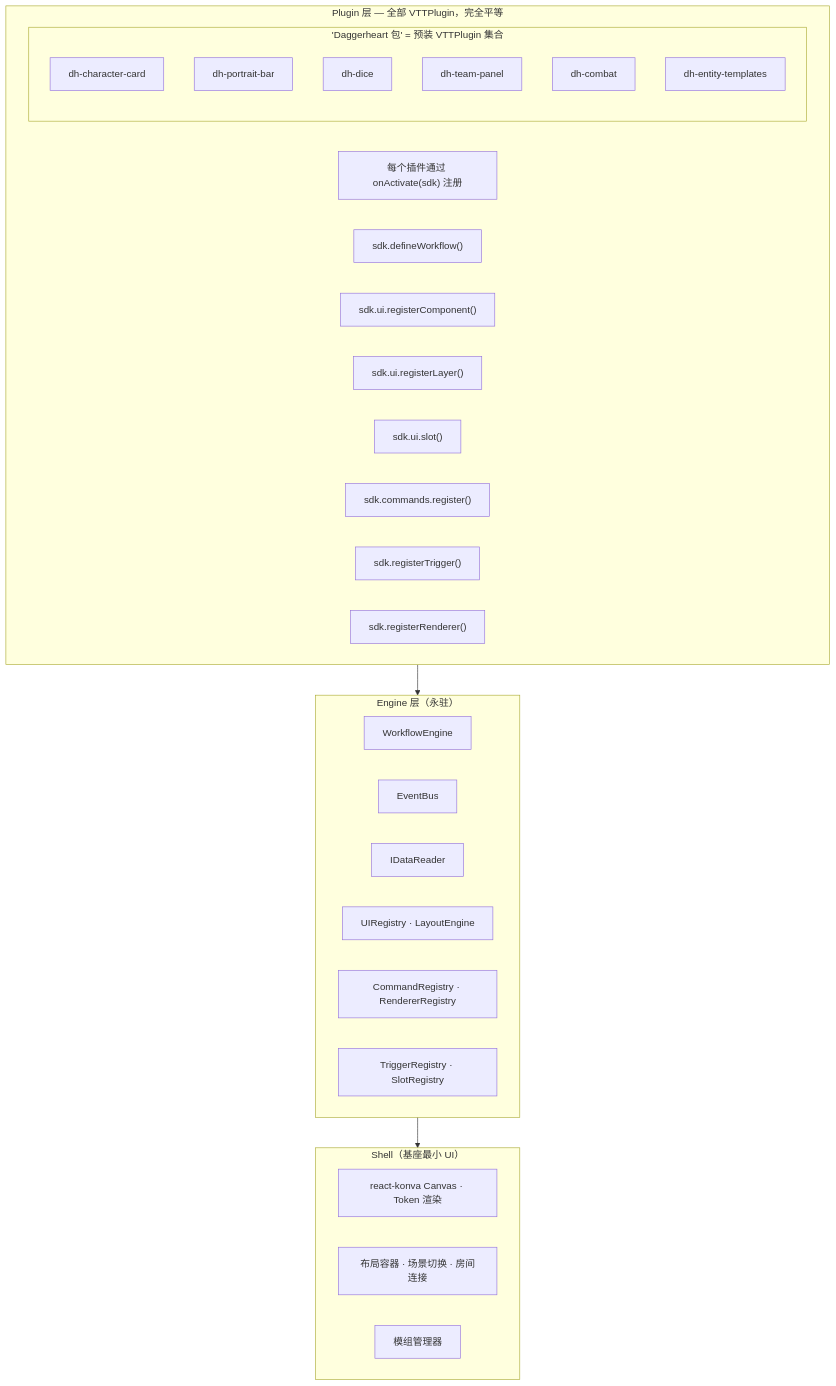
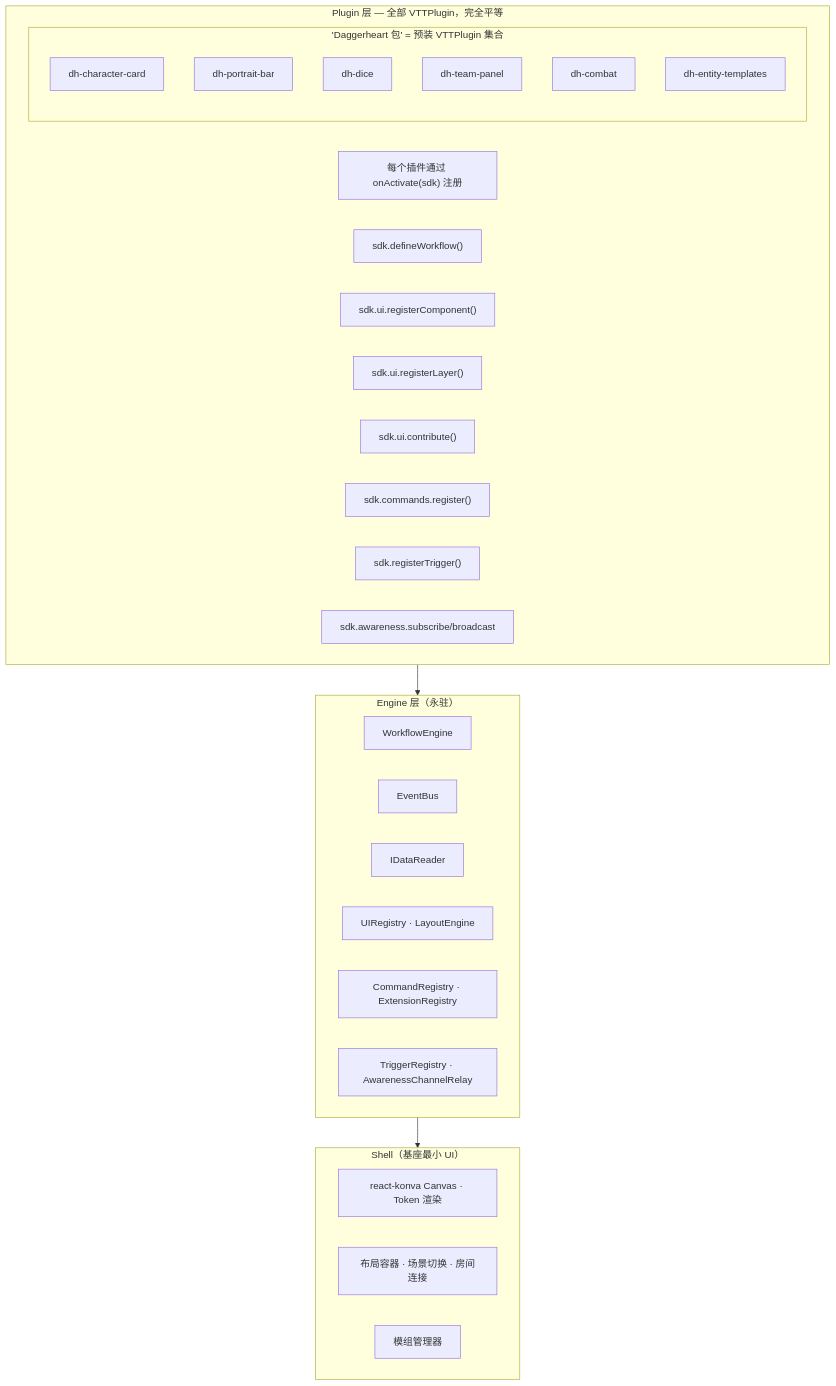
Before and after one commit to RidRisR/myVTT: the sixth of 18 diagrams in docs/design/17-插件系统演进路线.md, drawn with Mermaid. The commit also changed other lines of this file and 47 other files, not shown here.

````diff
--- a/docs/design/17-插件系统演进路线.md
+++ b/docs/design/17-插件系统演进路线.md
@@ -197,39 +197,39 @@
 ```mermaid
 graph TB
     subgraph Plugins["Plugin 层 — 全部 VTTPlugin，完全平等"]
         API["每个插件通过 onActivate(sdk) 注册"]
         W["sdk.defineWorkflow()"]
         UC["sdk.ui.registerComponent()"]
         UL["sdk.ui.registerLayer()"]
-        SL["sdk.ui.slot()"]
+        CONT["sdk.ui.contribute()"]
         CMD["sdk.commands.register()"]
         TRG["sdk.registerTrigger()"]
-        RND["sdk.registerRenderer()"]
+        AWR["sdk.awareness.subscribe/broadcast"]
 
         subgraph DHPack["'Daggerheart 包' = 预装 VTTPlugin 集合"]
             DH1["dh-character-card"]
             DH2["dh-portrait-bar"]
             DH3["dh-dice"]
             DH4["dh-team-panel"]
             DH5["dh-combat"]
             DH6["dh-entity-templates"]
         end
     end
 
     subgraph EngineLayer["Engine 层（永驻）"]
         WFE["WorkflowEngine"]
         EVB["EventBus"]
         IDR["IDataReader"]
         UIR["UIRegistry · LayoutEngine"]
-        CMR["CommandRegistry · RendererRegistry"]
-        TRR["TriggerRegistry · SlotRegistry"]
+        CMR["CommandRegistry · ExtensionRegistry"]
+        TRR["TriggerRegistry · AwarenessChannelRelay"]
     end
 
     subgraph Shell["Shell（基座最小 UI）"]
         CVS["react-konva Canvas · Token 渲染"]
         LYT["布局容器 · 场景切换 · 房间连接"]
         MOD["模组管理器"]
     end
 
     Plugins --> EngineLayer --> Shell
 ```
````
